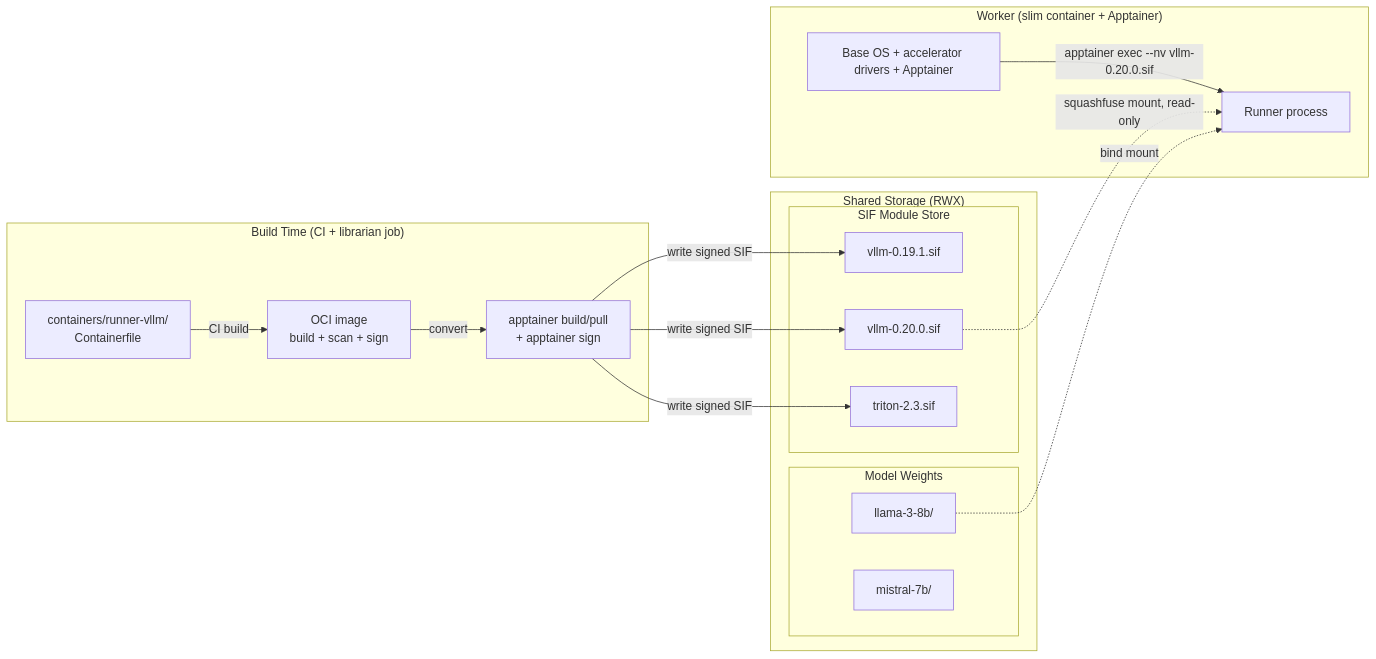
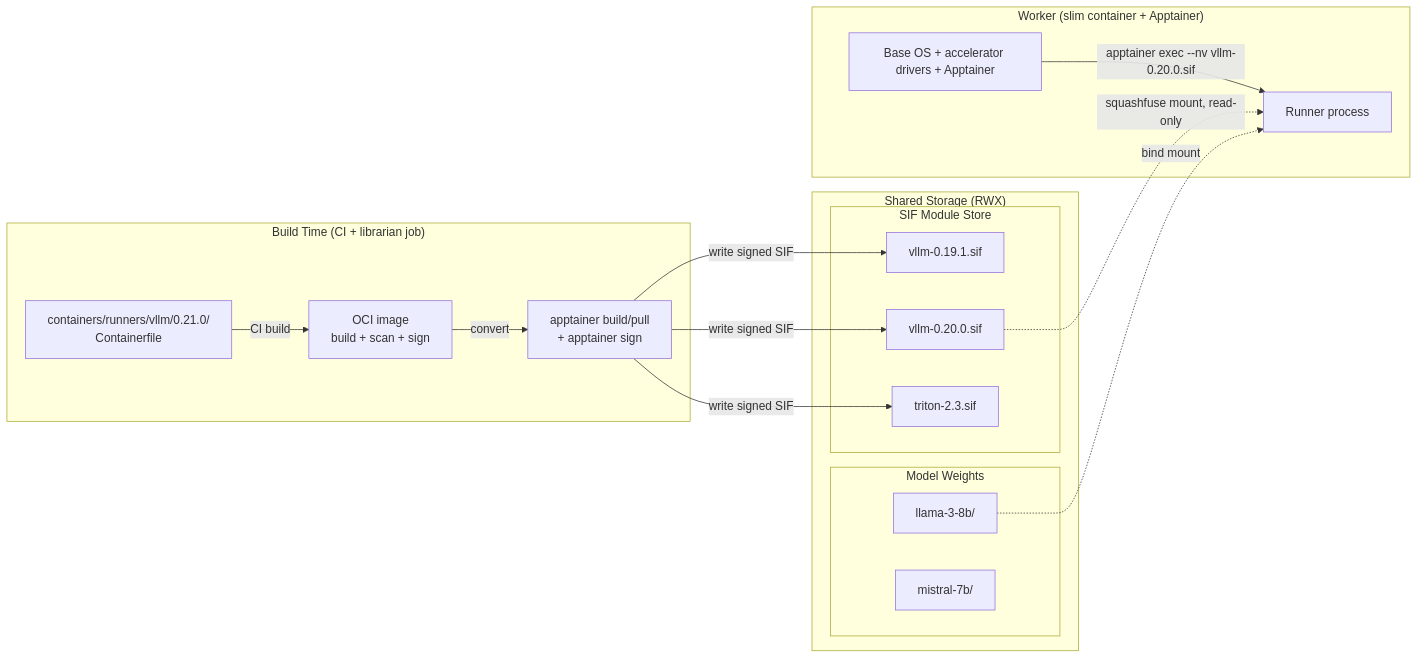
Before and after one commit to rh-aiservices-bu/school-of-sardeenz: the ninth of 11 diagrams in docs/architecture/overview.md, drawn with Mermaid. The commit also changed 20 other files, not shown here.

First line of the commit message:
chore(containers): version runner image definitions

````diff
--- a/docs/architecture/overview.md
+++ b/docs/architecture/overview.md
@@ -449,33 +449,33 @@
 ```mermaid
 graph LR
     subgraph "Build Time (CI + librarian job)"
-        CF[containers/runner-vllm/<br/>Containerfile]
+        CF[containers/runners/vllm/0.21.0/<br/>Containerfile]
         IMG[OCI image<br/>build + scan + sign]
         SIF[apptainer build/pull<br/>+ apptainer sign]
         CF -->|CI build| IMG
         IMG -->|convert| SIF
     end
 
     subgraph "Shared Storage (RWX)"
         subgraph "SIF Module Store"
             V1[vllm-0.19.1.sif]
             V2[vllm-0.20.0.sif]
             TR[triton-2.3.sif]
         end
         subgraph "Model Weights"
             MW1[llama-3-8b/]
             MW2[mistral-7b/]
         end
     end
 
     SIF -->|write signed SIF| V1 & V2 & TR
 
     subgraph "Worker (slim container + Apptainer)"
         OS[Base OS + accelerator drivers + Apptainer]
         PROC[Runner process]
         OS -->|"apptainer exec --nv vllm-0.20.0.sif"| PROC
     end
 
     V2 -.->|squashfuse mount, read-only| PROC
     MW1 -.->|bind mount| PROC
 ```
````
